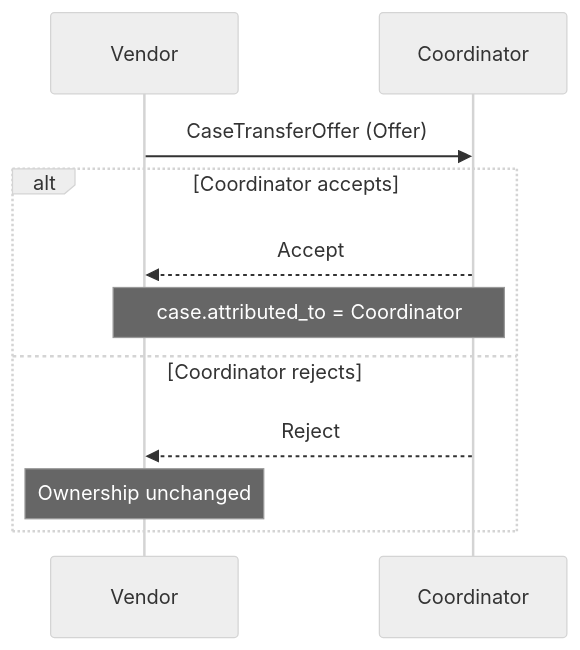
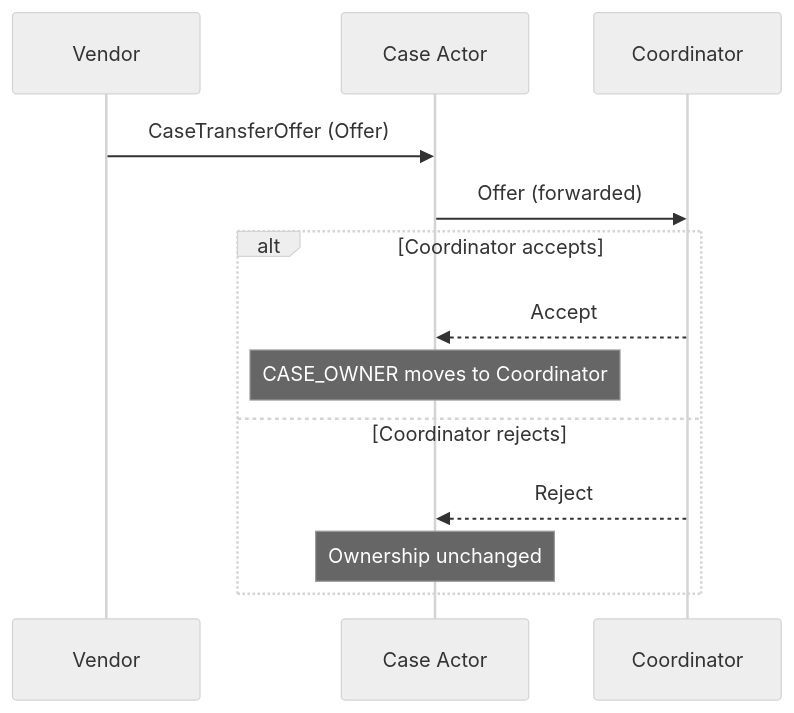
The fourth of 8 diagrams in docs/tutorials/other_demos.md (CERTCC/Vultron), drawn with Mermaid (neutral theme) before and after one commit. The commit also changed other lines of this file and 30 other files, not shown here.

````diff
--- a/docs/tutorials/other_demos.md
+++ b/docs/tutorials/other_demos.md
@@ -208,14 +210,16 @@
 ```mermaid
 sequenceDiagram
     participant V as Vendor
+    participant CA as Case Actor
     participant C as Coordinator
 
-    V->>C: CaseTransferOffer (Offer)
+    V->>CA: CaseTransferOffer (Offer)
+    CA->>C: Offer (forwarded)
     alt Coordinator accepts
-        C-->>V: Accept
-        Note over V,C: case.attributed_to = Coordinator
+        C-->>CA: Accept
+        Note over CA: CASE_OWNER moves to Coordinator
     else Coordinator rejects
-        C-->>V: Reject
-        Note over V: Ownership unchanged
+        C-->>CA: Reject
+        Note over CA: Ownership unchanged
     end
 ```
````
